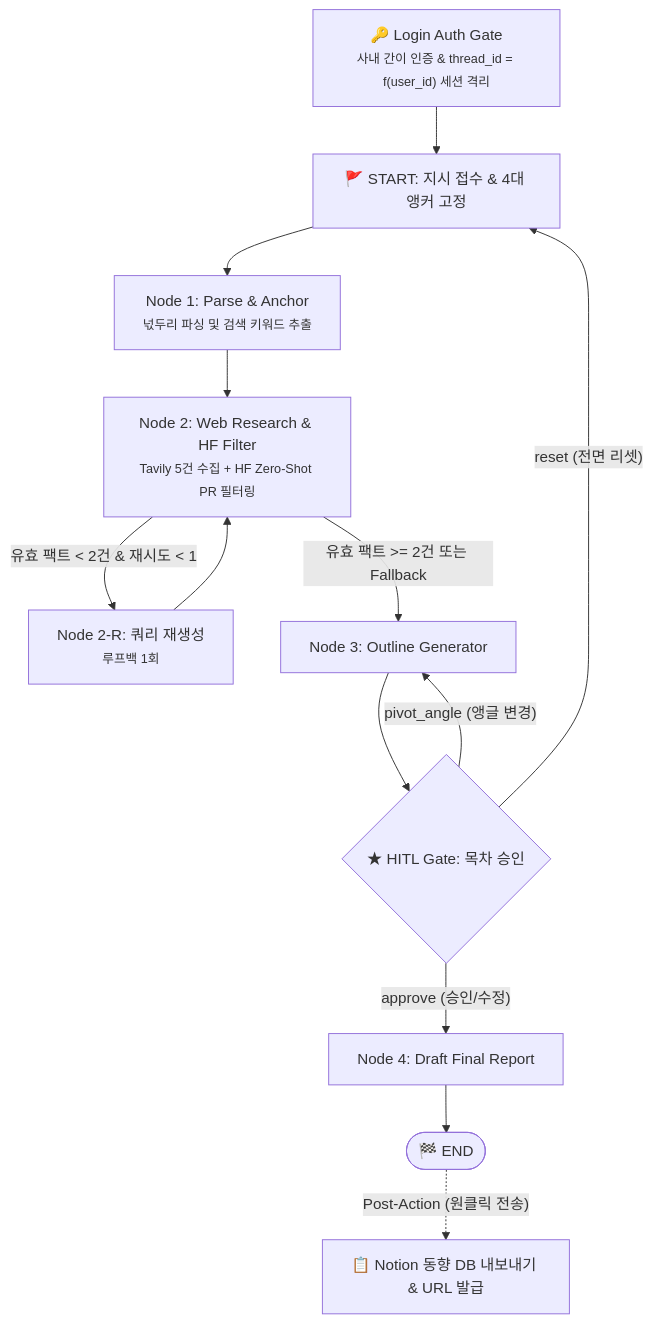
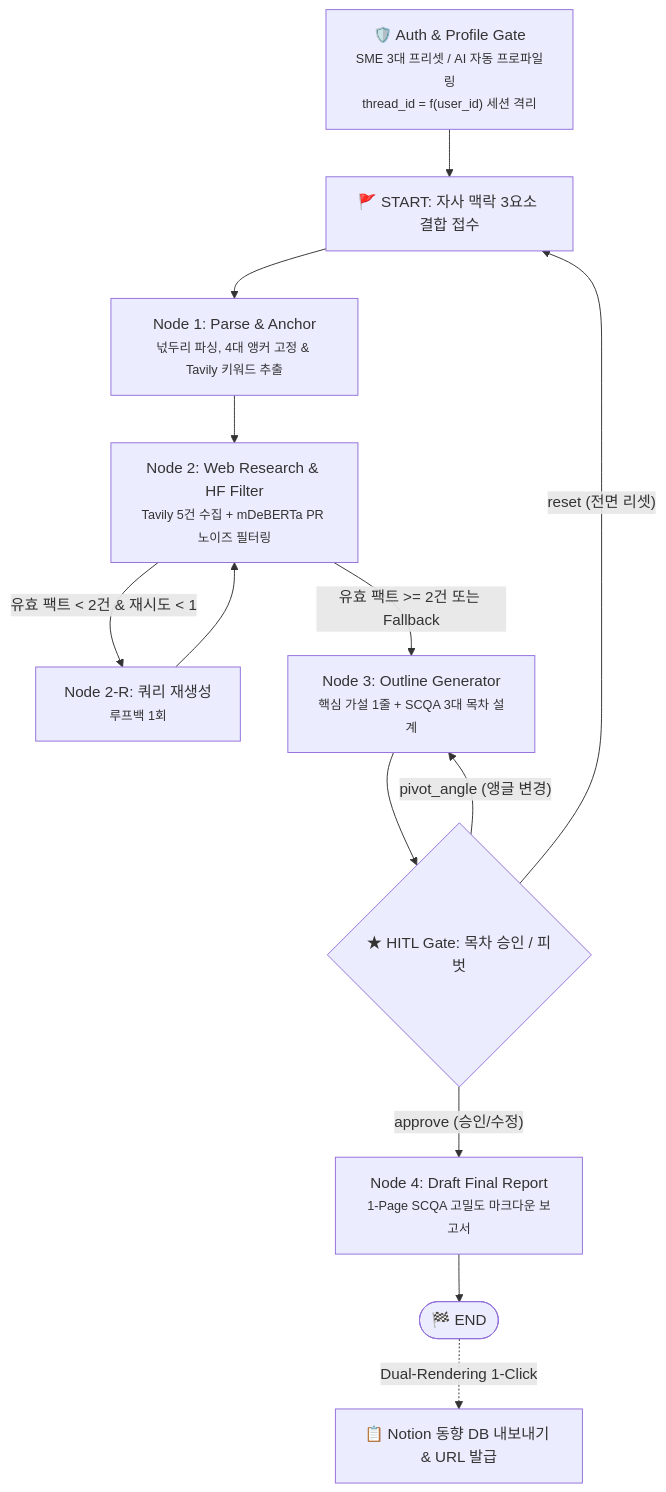
One commit to chohappy16-svg/myteam2 changed the diagram in README.md. Above: the diagram before and after it, drawn with Mermaid. The commit also changed other lines of this file and 3 other files, not shown here.

````diff
--- a/README.md
+++ b/README.md
@@ -30,19 +30,19 @@
 ```mermaid
 flowchart TD
-    A["🔑 Login Auth Gate<br><small>사내 간이 인증 & thread_id = f(user_id) 세션 격리</small>"] --> B["🚩 START: 지시 접수 & 4대 앵커 고정"]
-    B --> C["Node 1: Parse & Anchor<br><small>넋두리 파싱 및 검색 키워드 추출</small>"]
-    C --> D["Node 2: Web Research & HF Filter<br><small>Tavily 5건 수집 + HF Zero-Shot PR 필터링</small>"]
+    A["🛡️ Auth & Profile Gate<br><small>SME 3대 프리셋 / AI 자동 프로파일링<br>thread_id = f(user_id) 세션 격리</small>"] --> B["🚩 START: 자사 맥락 3요소 결합 접수"]
+    B --> C["Node 1: Parse & Anchor<br><small>넋두리 파싱, 4대 앵커 고정 & Tavily 키워드 추출</small>"]
+    C --> D["Node 2: Web Research & HF Filter<br><small>Tavily 5건 수집 + mDeBERTa PR 노이즈 필터링</small>"]
     
     D -- "유효 팩트 < 2건 & 재시도 < 1" --> D_R["Node 2-R: 쿼리 재생성<br><small>루프백 1회</small>"]
     D_R --> D
-    D -- "유효 팩트 >= 2건 또는 Fallback" --> E["Node 3: Outline Generator"]
+    D -- "유효 팩트 >= 2건 또는 Fallback" --> E["Node 3: Outline Generator<br><small>핵심 가설 1줄 + SCQA 3대 목차 설계</small>"]
     
-    E --> F{"★ HITL Gate: 목차 승인"}
+    E --> F{"★ HITL Gate: 목차 승인 / 피벗"}
     
-    F -- "approve (승인/수정)" --> G["Node 4: Draft Final Report"]
+    F -- "approve (승인/수정)" --> G["Node 4: Draft Final Report<br><small>1-Page SCQA 고밀도 마크다운 보고서</small>"]
     F -- "pivot_angle (앵글 변경)" --> E
     F -- "reset (전면 리셋)" --> B
     
     G --> H(["🏁 END"])
-    H -. "Post-Action (원클릭 전송)" .-> I["📋 Notion 동향 DB 내보내기 & URL 발급"]
+    H -. "Dual-Rendering 1-Click" .-> I["📋 Notion 동향 DB 내보내기 & URL 발급"]
 ```
````
